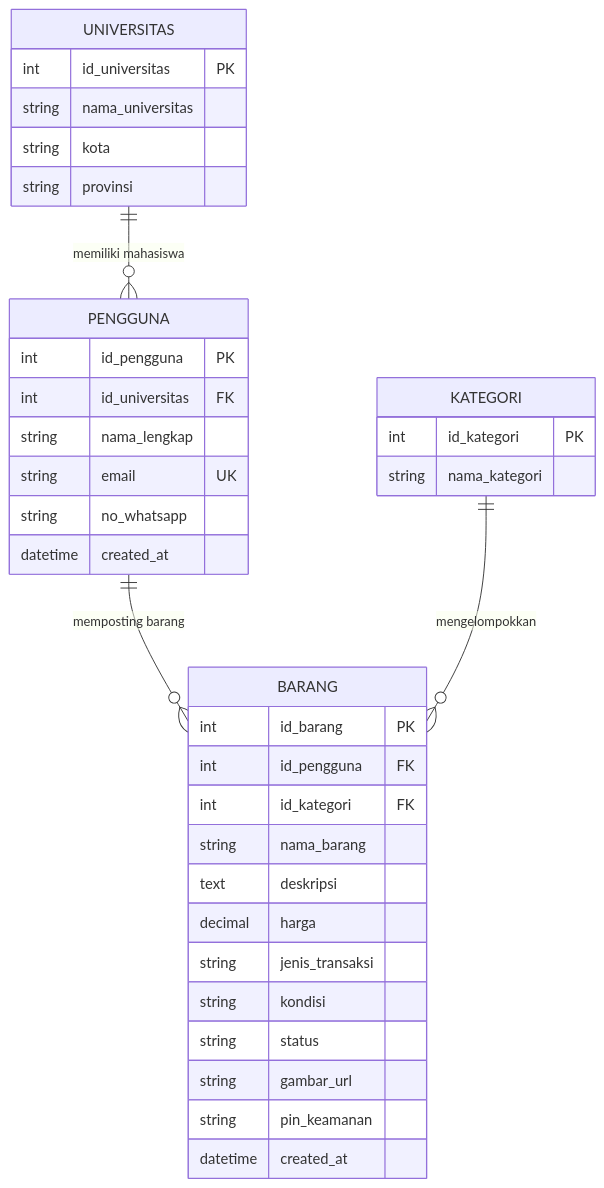
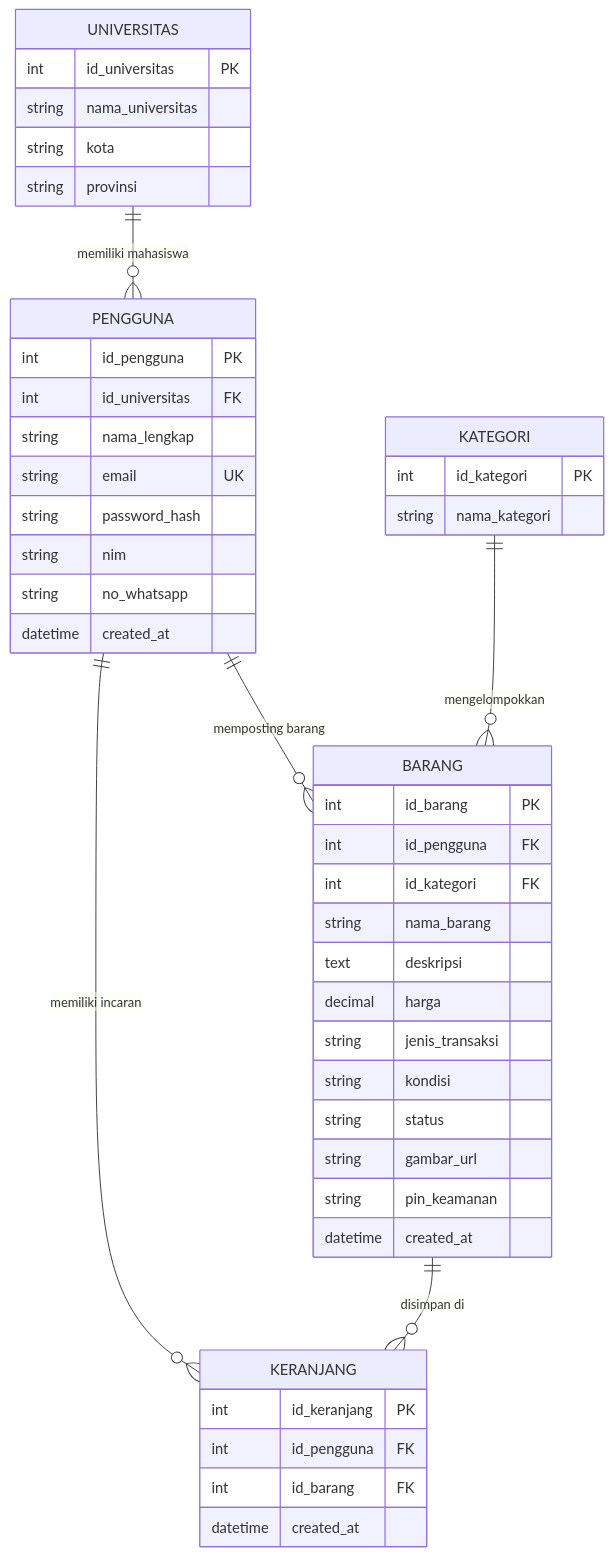
The second of 2 diagrams in README.md (Zidane-m/WaMP), drawn with Mermaid before and after one commit. The commit also changed other lines of this file, not shown here.

````diff
--- a/README.md
+++ b/README.md
@@ -83,42 +93,53 @@
 ```mermaid
 erDiagram
     UNIVERSITAS ||--o{ PENGGUNA : "memiliki mahasiswa"
     PENGGUNA ||--o{ BARANG : "memposting barang"
     KATEGORI ||--o{ BARANG : "mengelompokkan"
+    PENGGUNA ||--o{ KERANJANG : "memiliki incaran"
+    BARANG ||--o{ KERANJANG : "disimpan di"
 
     UNIVERSITAS {
         int id_universitas PK
         string nama_universitas
         string kota
         string provinsi
     }
 
     PENGGUNA {
         int id_pengguna PK
         int id_universitas FK
         string nama_lengkap
         string email UK
+        string password_hash
+        string nim
         string no_whatsapp
         datetime created_at
     }
 
     KATEGORI {
         int id_kategori PK
         string nama_kategori
     }
 
     BARANG {
         int id_barang PK
         int id_pengguna FK
         int id_kategori FK
         string nama_barang
         text deskripsi
         decimal harga
         string jenis_transaksi
         string kondisi
         string status
         string gambar_url
         string pin_keamanan
         datetime created_at
     }
+
+    KERANJANG {
+        int id_keranjang PK
+        int id_pengguna FK
+        int id_barang FK
+        datetime created_at
+    }
 ```
````
